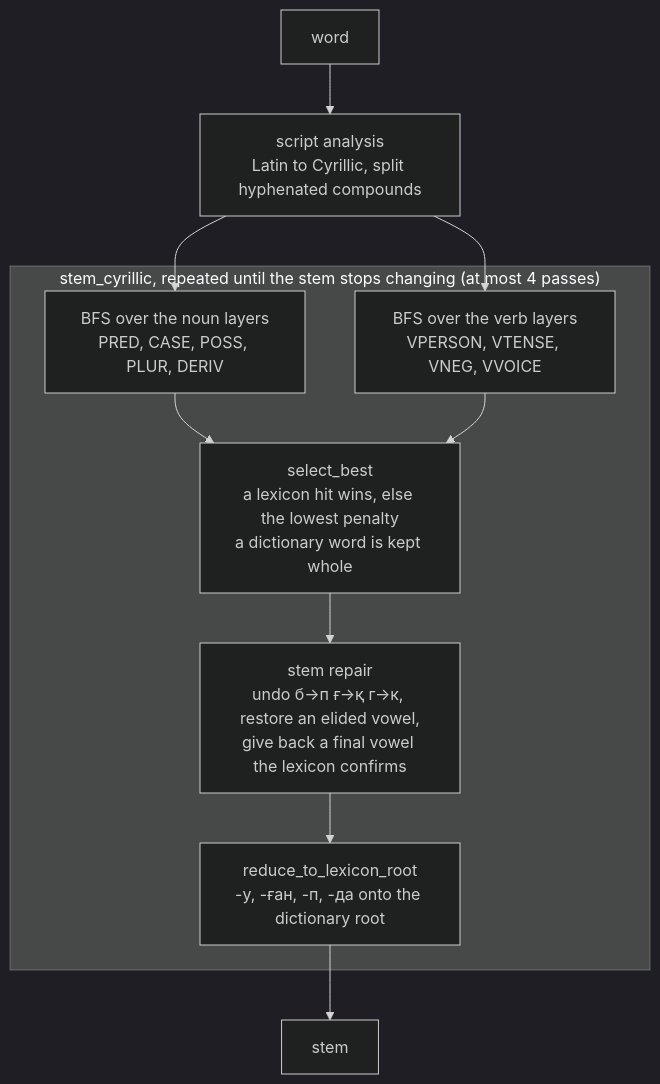
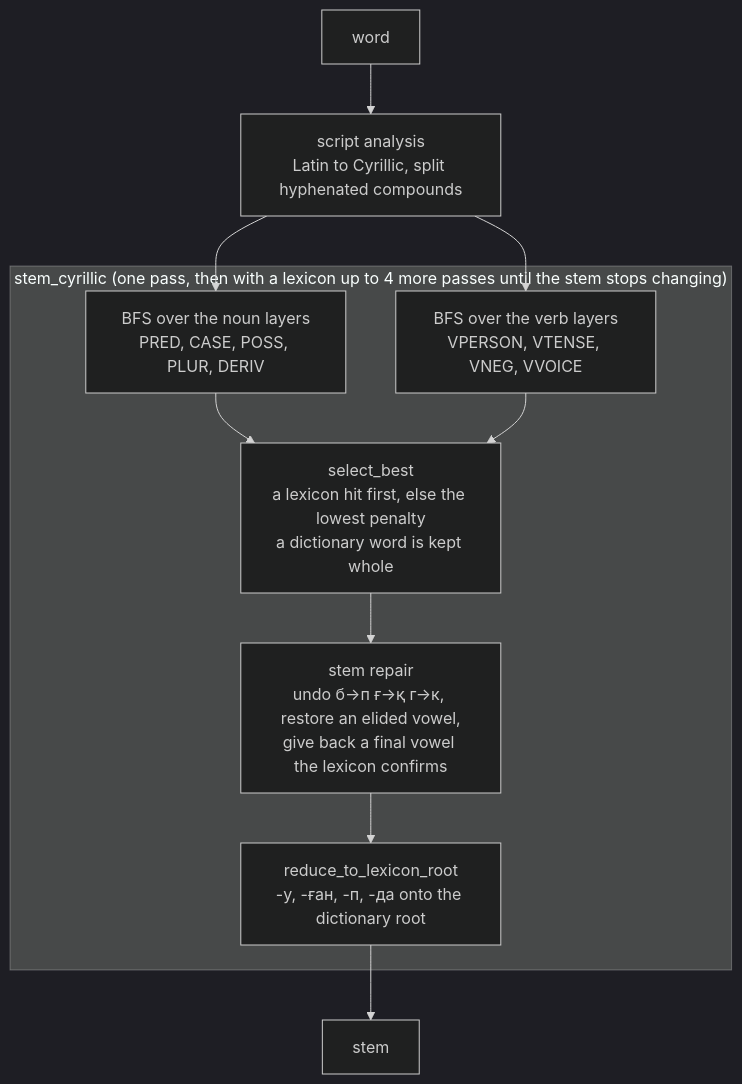
Before and after one commit to darkhanakh/pg-kazsearch: the first of 4 diagrams in README.md, drawn with Mermaid (dark theme). The commit also changed other lines of this file and 3 other files, not shown here.

First line of the commit message:
docs(readme): match the diagrams to the code and trace every number (#12)

````diff
--- a/README.md
+++ b/README.md
@@ -84,15 +84,15 @@
 ```mermaid
 flowchart TD
     W["word"] --> S["script analysis<br/>Latin to Cyrillic, split hyphenated compounds"]
     S --> N
     S --> V
-    subgraph FP["stem_cyrillic, repeated until the stem stops changing (at most 4 passes)"]
+    subgraph FP["stem_cyrillic (one pass, then with a lexicon up to 4 more passes until the stem stops changing)"]
         N["BFS over the noun layers<br/>PRED, CASE, POSS, PLUR, DERIV"]
         V["BFS over the verb layers<br/>VPERSON, VTENSE, VNEG, VVOICE"]
-        N --> P["select_best<br/>a lexicon hit wins, else the lowest penalty<br/>a dictionary word is kept whole"]
+        N --> P["select_best<br/>a lexicon hit first, else the lowest penalty<br/>a dictionary word is kept whole"]
         V --> P
         P --> U["stem repair<br/>undo б→п ғ→қ г→к, restore an elided vowel,<br/>give back a final vowel the lexicon confirms"]
         U --> X["reduce_to_lexicon_root<br/>-у, -ған, -п, -да onto the dictionary root"]
     end
     X --> O["stem"]
 ```
````
